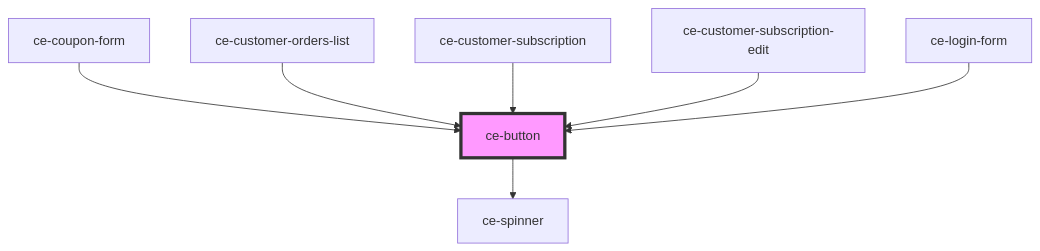
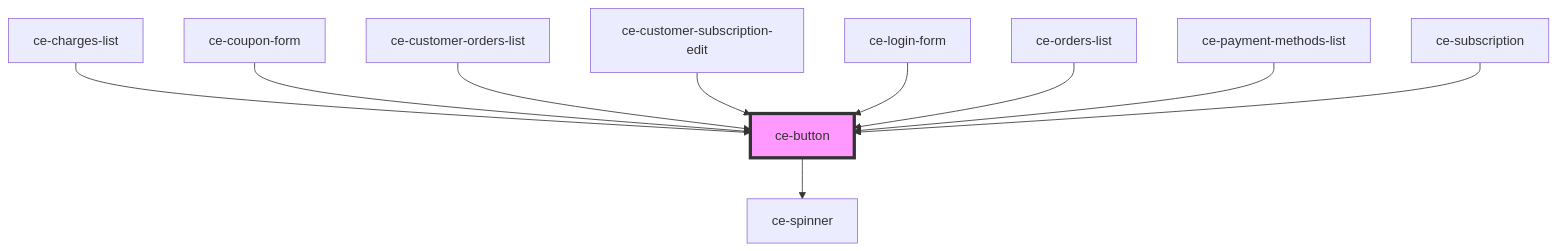
One commit to surecart/surecart-wp-plugin changed the diagram in packages/components/src/components/ui/button/readme.md. Above: the diagram before and after it, drawn with Mermaid. The commit also changed other lines of this file and 162 other files, not shown here.

````diff
--- a/packages/components/src/components/ui/button/readme.md
+++ b/packages/components/src/components/ui/button/readme.md
@@ -62,10 +65,13 @@
 ```mermaid
 graph TD;
   ce-button --> ce-spinner
+  ce-charges-list --> ce-button
   ce-coupon-form --> ce-button
   ce-customer-orders-list --> ce-button
-  ce-customer-subscription --> ce-button
   ce-customer-subscription-edit --> ce-button
   ce-login-form --> ce-button
+  ce-orders-list --> ce-button
+  ce-payment-methods-list --> ce-button
+  ce-subscription --> ce-button
   style ce-button fill:#f9f,stroke:#333,stroke-width:4px
 ```
````
